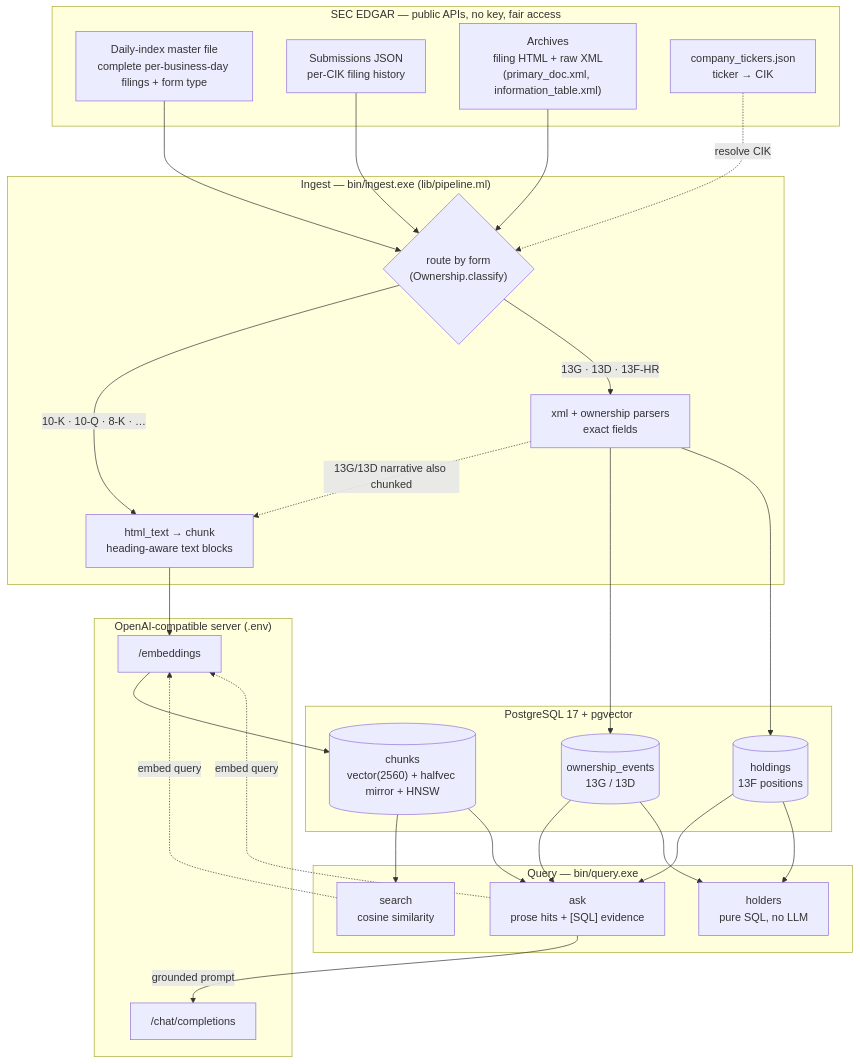
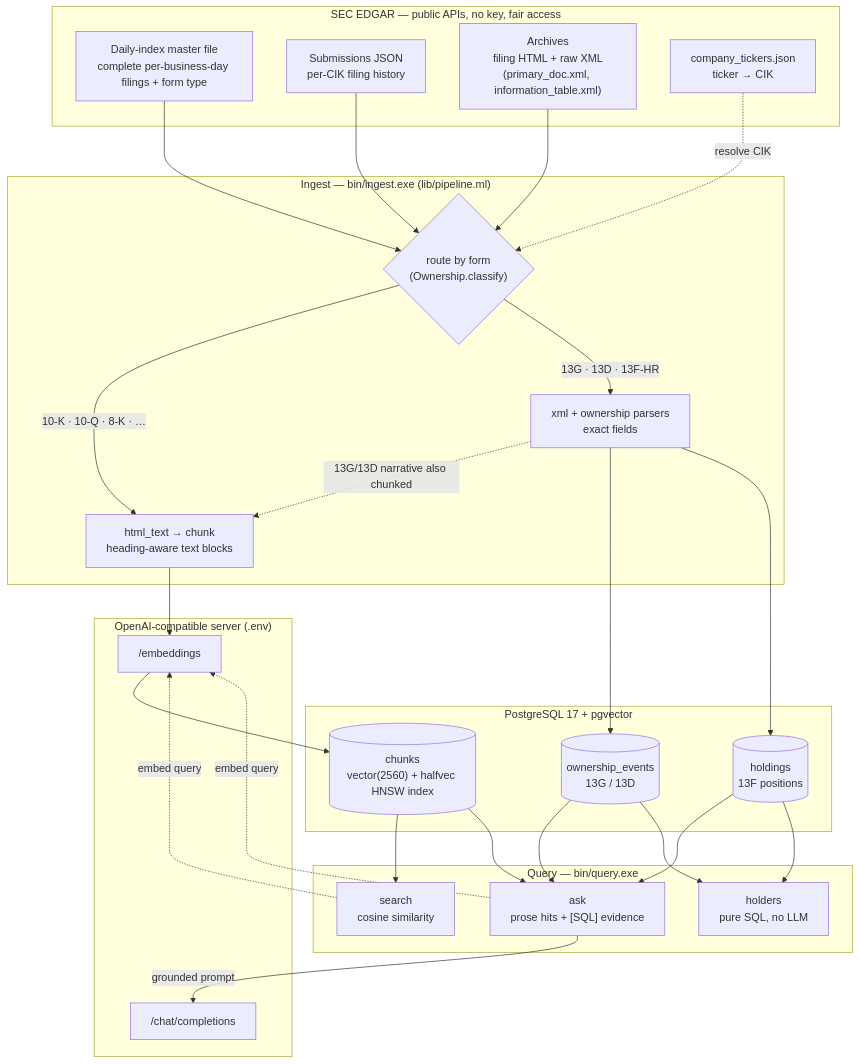
Before and after one commit to guillaumeimbert/RAG: the diagram in README.md, drawn with Mermaid. The commit also changed other lines of this file and 9 other files, not shown here.

````diff
--- a/README.md
+++ b/README.md
@@ -19,57 +19,57 @@
 ```mermaid
 flowchart TD
     subgraph SEC["SEC EDGAR — public APIs, no key, fair access"]
         master["Daily-index master file<br/>complete per-business-day filings + form type"]
         subs["Submissions JSON<br/>per-CIK filing history"]
         arch["Archives<br/>filing HTML + raw XML<br/>(primary_doc.xml, information_table.xml)"]
         tick["company_tickers.json<br/>ticker → CIK"]
     end
 
     subgraph ING["Ingest — bin/ingest.exe (lib/pipeline.ml)"]
         route{"route by form<br/>(Ownership.classify)"}
         prose["html_text → chunk<br/>heading-aware text blocks"]
         own["xml + ownership parsers<br/>exact fields"]
     end
 
     subgraph OAI["OpenAI-compatible server (.env)"]
         emb["/embeddings"]
         chat["/chat/completions"]
     end
 
     subgraph DB["PostgreSQL 17 + pgvector"]
-        chunks[("chunks<br/>vector(2560) + halfvec mirror + HNSW")]
+        chunks[("chunks<br/>vector(2560) + halfvec HNSW index")]
         events[("ownership_events<br/>13G / 13D")]
         holdings[("holdings<br/>13F positions")]
     end
 
     subgraph QRY["Query — bin/query.exe"]
         search["search<br/>cosine similarity"]
         ask["ask<br/>prose hits + [SQL] evidence"]
         holders["holders<br/>pure SQL, no LLM"]
     end
 
     master --> route
     subs --> route
     arch --> route
     tick -.->|resolve CIK| route
 
     route -->|"10-K · 10-Q · 8-K · …"| prose
     route -->|"13G · 13D · 13F-HR"| own
     own -.->|"13G/13D narrative also chunked"| prose
 
     prose --> emb
     emb --> chunks
     own --> events
     own --> holdings
 
     chunks --> search
     chunks --> ask
     events --> ask
     holdings --> ask
     events --> holders
     holdings --> holders
 
     search -.->|"embed query"| emb
     ask -.->|"embed query"| emb
     ask -->|"grounded prompt"| chat
 ```
````
